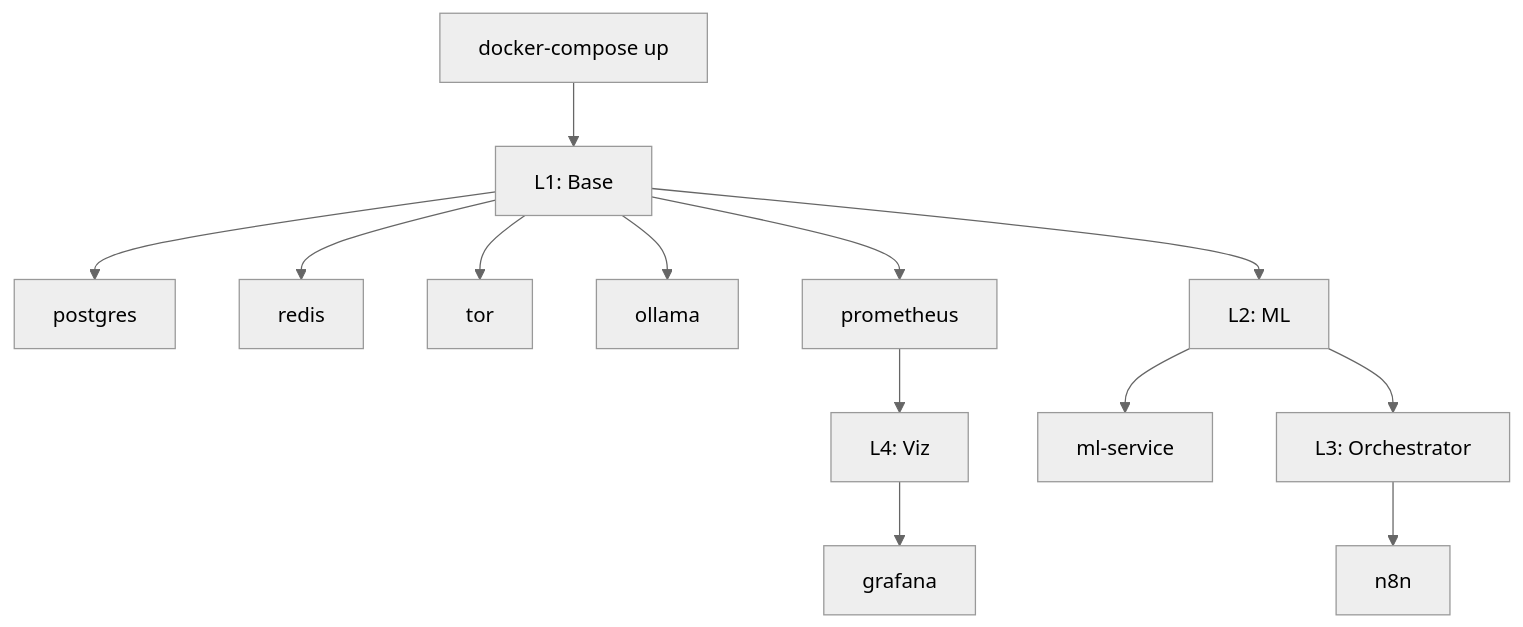
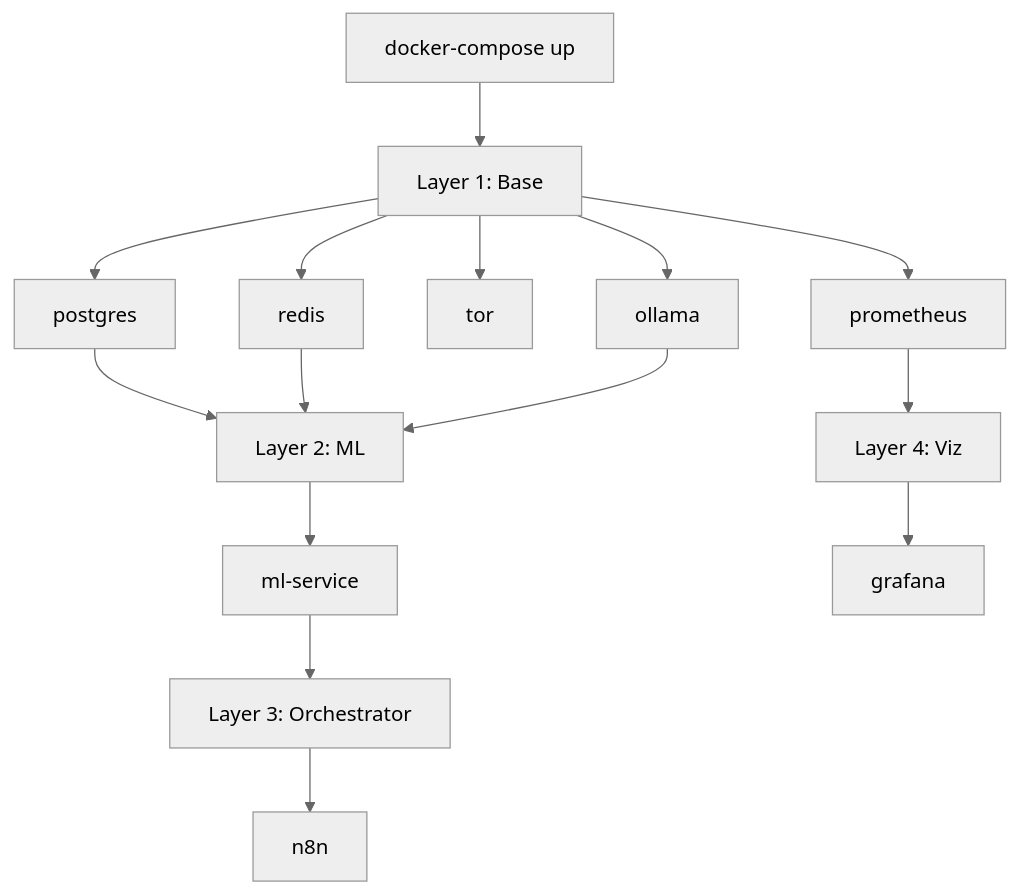
The fourth of 7 diagrams in ARCHITECTURE.md (KomarovAI/n8n-scraper-docker), drawn with Mermaid (neutral theme) before and after one commit. The commit also changed other lines of this file, not shown here.

Commit message:
perf: optimize ARCHITECTURE.md for AI (50% reduction, keep diagrams)

````diff
--- a/ARCHITECTURE.md
+++ b/ARCHITECTURE.md
@@ -83,18 +102,20 @@
 ```mermaid
 graph TD
-    Start[docker-compose up] --> L1[L1: Base]
+    Start[docker-compose up] --> L1[Layer 1: Base]
     L1 --> postgres
     L1 --> redis
     L1 --> tor
     L1 --> ollama
     L1 --> prometheus
     
-    L1 --> L2[L2: ML]
+    postgres --> L2[Layer 2: ML]
+    redis --> L2
+    ollama --> L2
     L2 --> ml-service
     
-    L2 --> L3[L3: Orchestrator]
+    ml-service --> L3[Layer 3: Orchestrator]
     L3 --> n8n
     
-    prometheus --> L4[L4: Viz]
+    prometheus --> L4[Layer 4: Viz]
     L4 --> grafana
 ```
````
